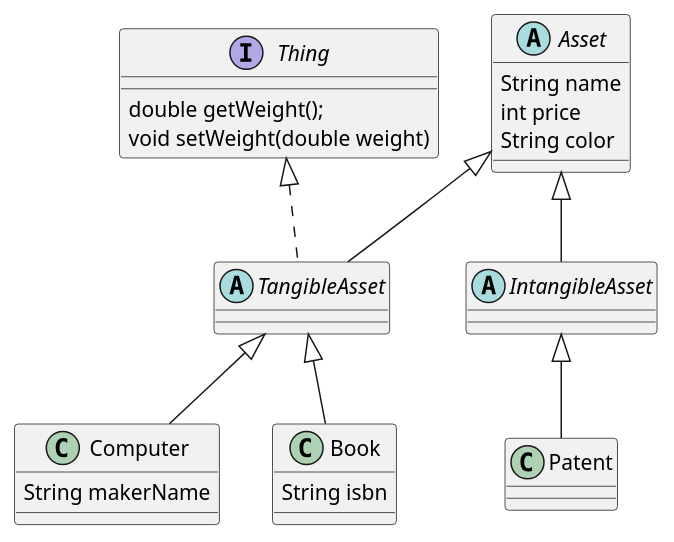
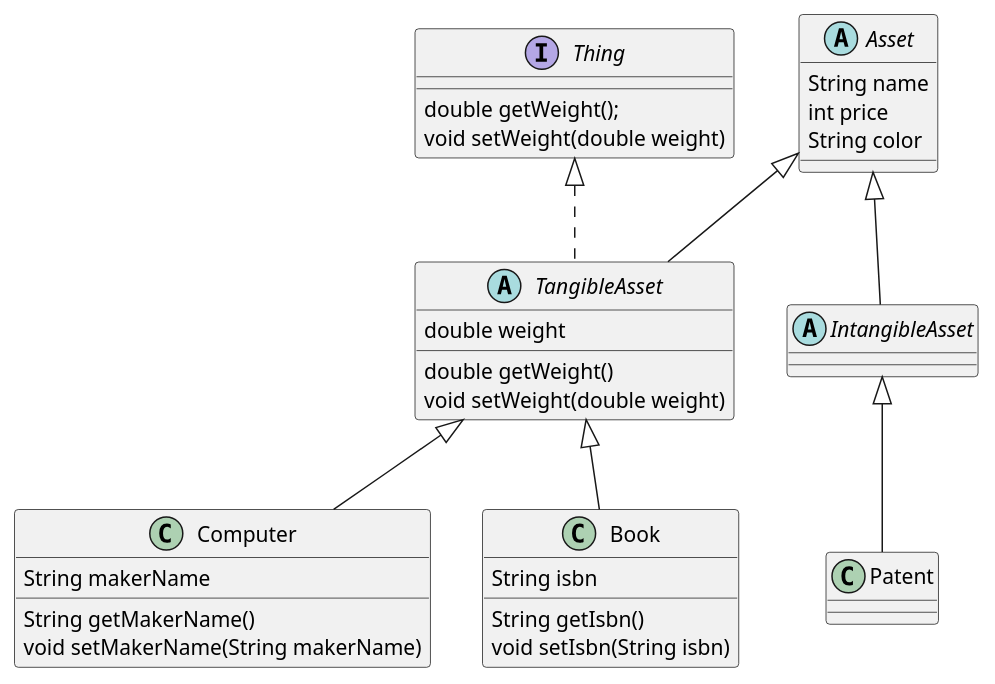
Before and after one commit to SurvivalCodingCampus/polytech_java_study: the diagram in src/main/java/Asset/Asset.puml, drawn with PlantUML. The commit also changed 10 other files, not shown here.

```diff
--- a/src/main/java/Asset/Asset.puml
+++ b/src/main/java/Asset/Asset.puml
@@ -1,48 +1,56 @@
 @startuml
 'https://plantuml.com/class-diagram
 
 abstract class Asset {
     String name
     int price
     String color
 }
 
 interface Thing {
     double getWeight();
     void setWeight(double weight)
 }
 
 abstract class TangibleAsset{
+    double weight
 
+    double getWeight()
+    void setWeight(double weight)
 }
 
 abstract class IntangibleAsset {
 
 }
 
 class Computer {
     String makerName
+
+    String getMakerName()
+    void setMakerName(String makerName)
 }
 
 class Book {
     String isbn
+
+    String getIsbn()
+    void setIsbn(String isbn)
 }
 
 class Patent {
 
 }
-
 
 
 Thing <|.. TangibleAsset
 
 Asset <|-- TangibleAsset
 Asset <|-- IntangibleAsset
 
 TangibleAsset <|-- Computer
 TangibleAsset <|-- Book
 
 IntangibleAsset <|-- Patent
 
 
 @enduml
```
